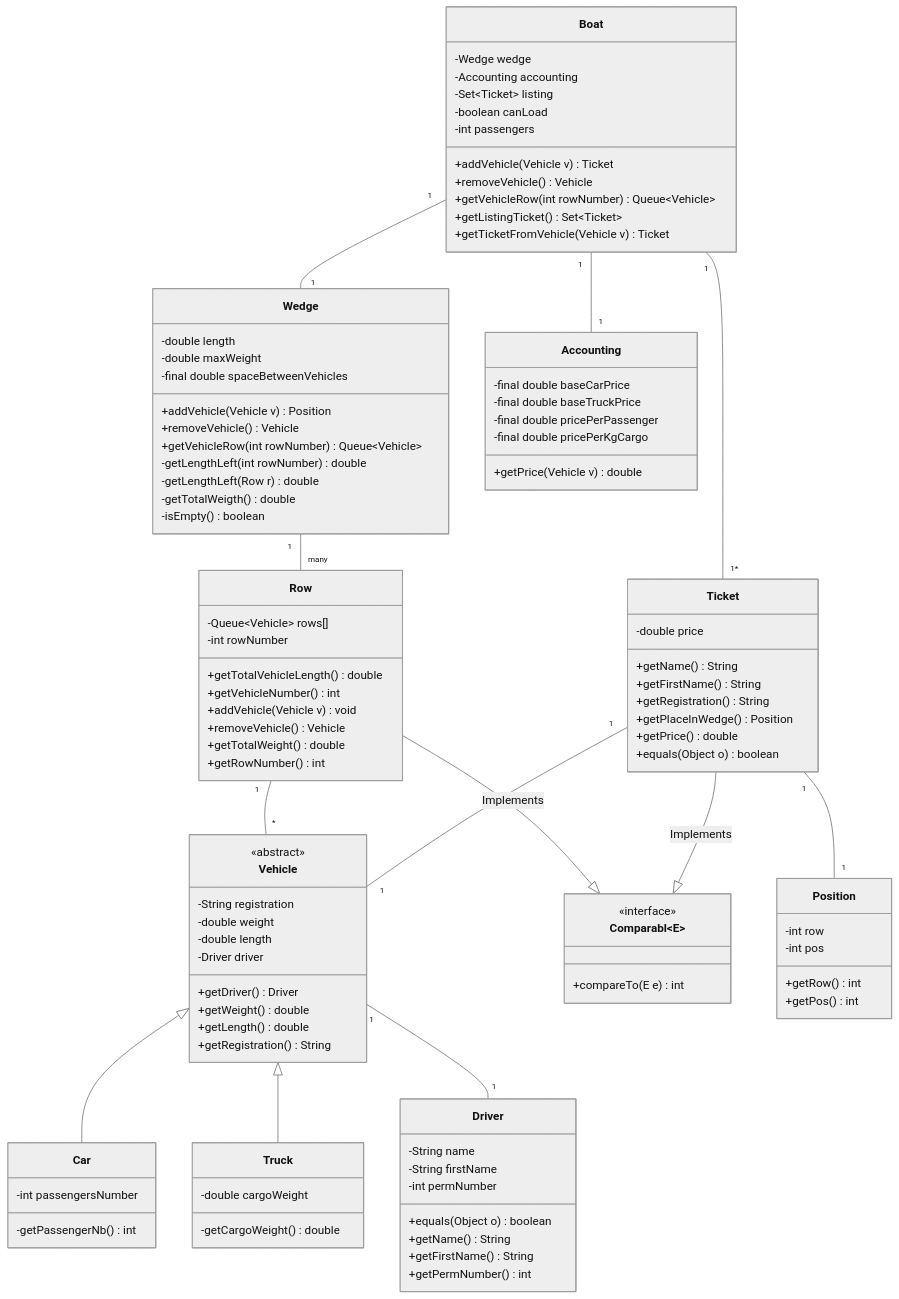
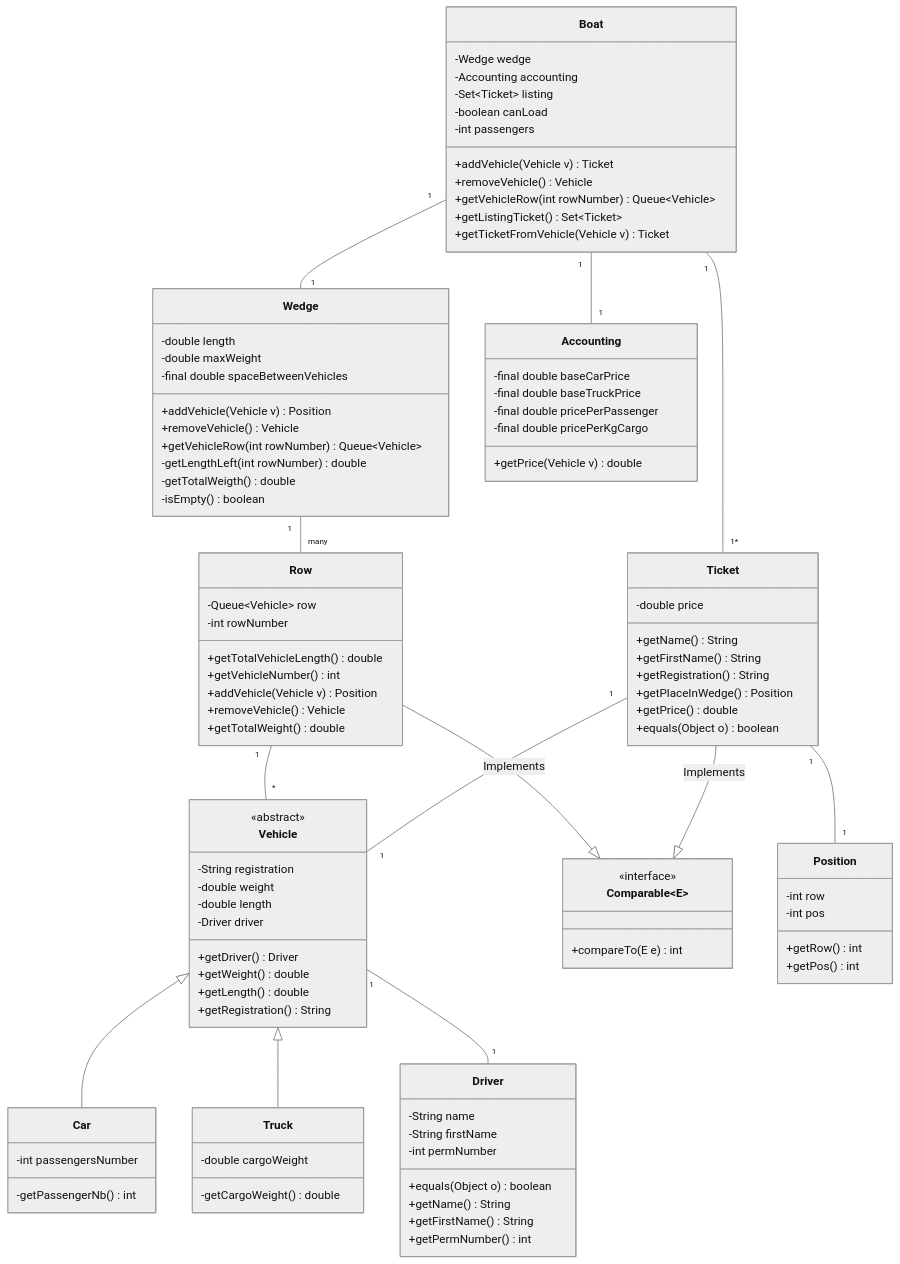
The diagram in README.md (thebosslol66/OBERON_GROSDIDIER_CARFERRY), drawn with Mermaid (neutral theme) before and after one commit. The commit also changed 2 other files, not shown here.

```diff
--- a/README.md
+++ b/README.md
@@ -9,16 +9,16 @@
 Boat "1" -- "1" Accounting
 
 Row "1" -- "*" Vehicle
-Row --|> Comparabl~E~ : Implements
+Row --|> Comparable~E~ : Implements
 Wedge "1" -- "many" Row
 Vehicle <|-- Car
 Vehicle <|-- Truck
 Vehicle "1" -- "1" Driver
 Ticket "1" -- "1" Vehicle
-Ticket --|> Comparabl~E~ : Implements
+Ticket --|> Comparable~E~ : Implements
 Ticket "1" -- "1" Position
 
-class Comparabl~E~ {
+class Comparable~E~ {
     <<interface>>
 
     +compareTo(E e) int
@@ -69,15 +69,14 @@
 }
 
 class Row {
-    -Queue~Vehicle~ rows[]
+    -Queue~Vehicle~ row
     -int rowNumber
 
     +getTotalVehicleLength() double
     +getVehicleNumber() int
-    +addVehicle(Vehicle v) void
+    +addVehicle(Vehicle v) Position
     +removeVehicle() Vehicle
     +getTotalWeight() double
-    +getRowNumber() int
 }
 
 class Wedge {
@@ -90,7 +89,6 @@
     +removeVehicle() Vehicle
     +getVehicleRow(int rowNumber) Queue~Vehicle~
     -getLengthLeft(int rowNumber) double
-    -getLengthLeft(Row r) double
     -getTotalWeigth() double
     -isEmpty() boolean
 }
```
